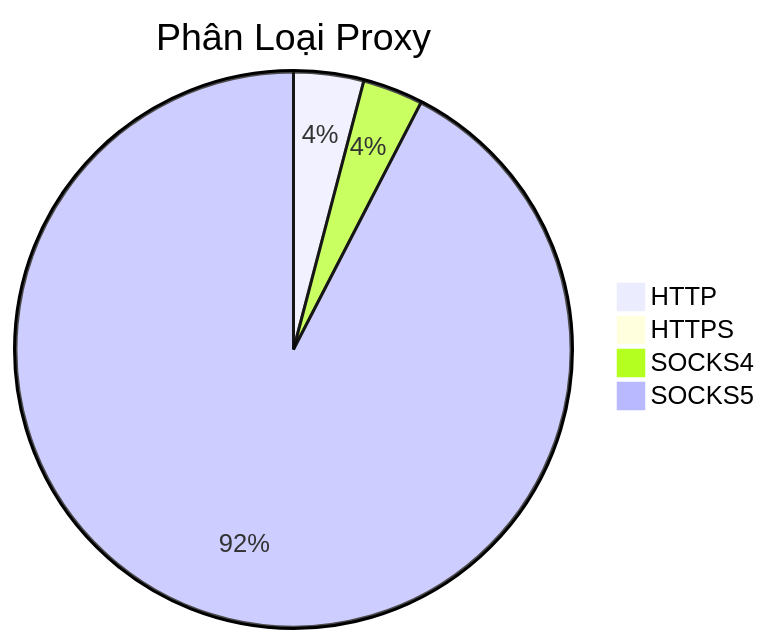
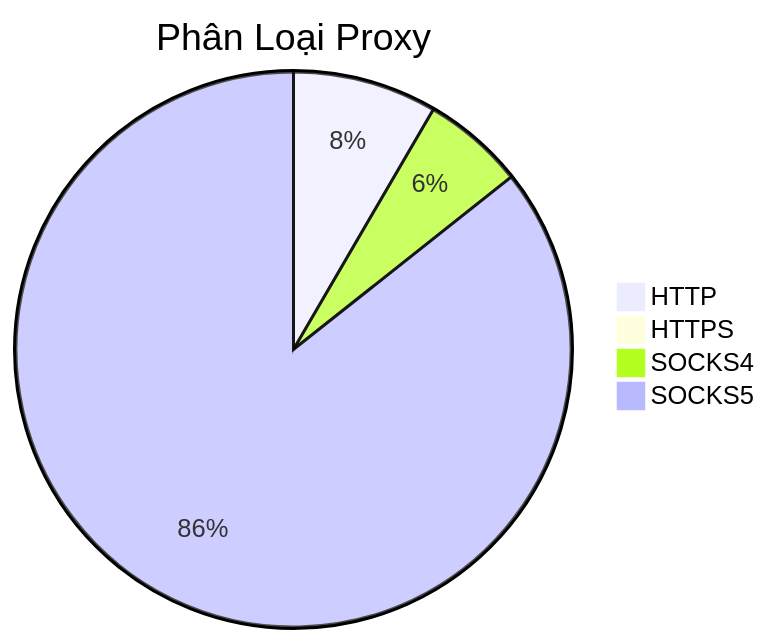
Before and after one commit to Ciara-Aa/PROXY-free: the diagram in README.md, drawn with Mermaid. The commit also changed other lines of this file and 4 other files, not shown here.

````diff
--- a/README.md
+++ b/README.md
@@ -26,7 +26,7 @@
 ```mermaid
 pie title Phân Loại Proxy
-    "HTTP" : 297
-    "HTTPS" : 4
-    "SOCKS4" : 256
-    "SOCKS5" : 6735
+    "HTTP" : 400
+    "HTTPS" : 3
+    "SOCKS4" : 283
+    "SOCKS5" : 4081
 ```
````
